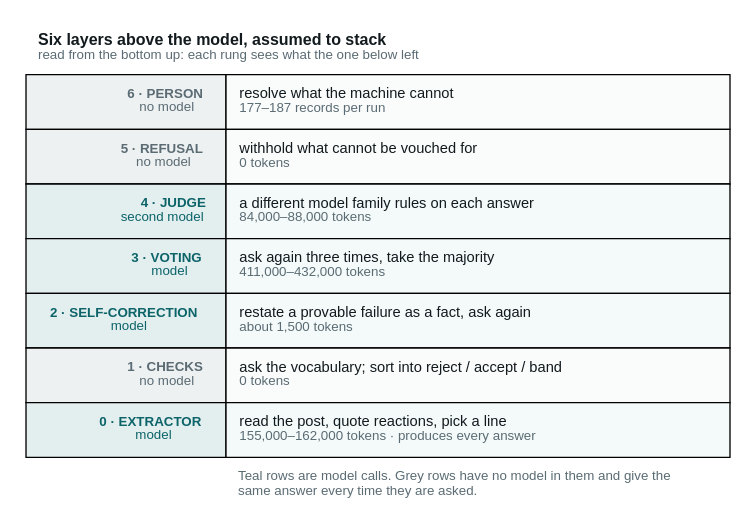
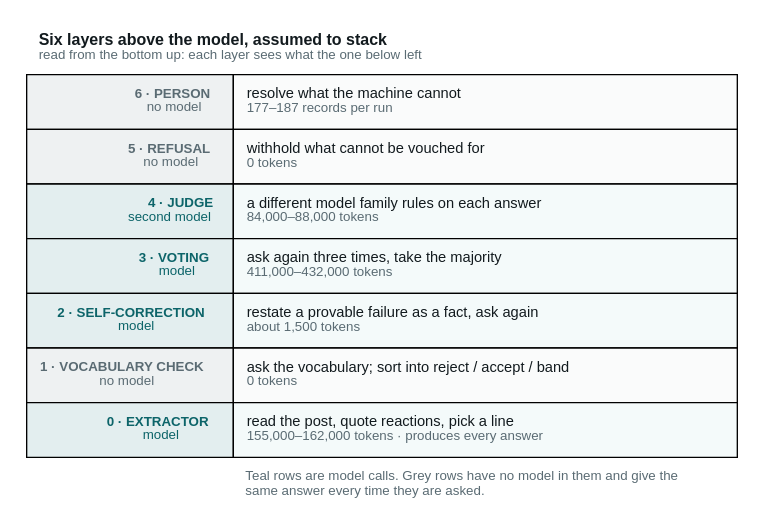
Before and after one commit to wbagais/reliability-ladder: the diagram in docs/figures/infoq-fig1-ladder.dot, drawn with Graphviz. The commit also changed 9 other files, not shown here.

```diff
--- a/docs/figures/infoq-fig1-ladder.dot
+++ b/docs/figures/infoq-fig1-ladder.dot
@@ -1,47 +1,47 @@
 // The ladder as drawn, for docs/article-infoq-CADEC.md. Same table idiom and
 // colour key as fig7-pipeline-cadec.dot:
 //   teal  #0c6469  a language model runs here
 //   grey  #5a6b73  deterministic step, no model  (also the person: no model)
 // Costs are per run on the development split, base run rerun-cadec-d0/d1/d2.
 digraph ladder {
   bgcolor="white";
   node [shape=none fontname="Helvetica"];
 
   t [label=<<TABLE BORDER="0" CELLBORDER="1" CELLSPACING="0" CELLPADDING="9">
 
-    <TR><TD BORDER="0" COLSPAN="2" ALIGN="LEFT"><FONT POINT-SIZE="12" COLOR="#121a1e"><B>Six layers above the model, assumed to stack</B></FONT><BR ALIGN="LEFT"/><FONT POINT-SIZE="10" COLOR="#5a6b73">read from the bottom up: each rung sees what the one below left</FONT><BR ALIGN="LEFT"/></TD></TR>
+    <TR><TD BORDER="0" COLSPAN="2" ALIGN="LEFT"><FONT POINT-SIZE="12" COLOR="#121a1e"><B>Six layers above the model, assumed to stack</B></FONT><BR ALIGN="LEFT"/><FONT POINT-SIZE="10" COLOR="#5a6b73">read from the bottom up: each layer sees what the one below left</FONT><BR ALIGN="LEFT"/></TD></TR>
 
     <TR><TD BGCOLOR="#eef1f2" ALIGN="RIGHT" WIDTH="150"><FONT POINT-SIZE="10.5" COLOR="#5a6b73"><B>6 · PERSON</B><BR ALIGN="RIGHT"/>no model</FONT></TD>
       <TD BGCOLOR="#fafbfb" ALIGN="LEFT" WIDTH="330"><FONT POINT-SIZE="11.5" COLOR="#121a1e">resolve what the machine cannot</FONT><BR ALIGN="LEFT"/><FONT POINT-SIZE="10" COLOR="#5a6b73">177–187 records per run</FONT><BR ALIGN="LEFT"/></TD>
     </TR>
 
     <TR><TD BGCOLOR="#eef1f2" ALIGN="RIGHT"><FONT POINT-SIZE="10.5" COLOR="#5a6b73"><B>5 · REFUSAL</B><BR ALIGN="RIGHT"/>no model</FONT></TD>
       <TD BGCOLOR="#fafbfb" ALIGN="LEFT"><FONT POINT-SIZE="11.5" COLOR="#121a1e">withhold what cannot be vouched for</FONT><BR ALIGN="LEFT"/><FONT POINT-SIZE="10" COLOR="#5a6b73">0 tokens</FONT><BR ALIGN="LEFT"/></TD>
     </TR>
 
     <TR><TD BGCOLOR="#e3eeef" ALIGN="RIGHT"><FONT POINT-SIZE="10.5" COLOR="#0c6469"><B>4 · JUDGE</B><BR ALIGN="RIGHT"/>second model</FONT></TD>
       <TD BGCOLOR="#f4fafa" ALIGN="LEFT"><FONT POINT-SIZE="11.5" COLOR="#121a1e">a different model family rules on each answer</FONT><BR ALIGN="LEFT"/><FONT POINT-SIZE="10" COLOR="#5a6b73">84,000–88,000 tokens</FONT><BR ALIGN="LEFT"/></TD>
     </TR>
 
     <TR><TD BGCOLOR="#e3eeef" ALIGN="RIGHT"><FONT POINT-SIZE="10.5" COLOR="#0c6469"><B>3 · VOTING</B><BR ALIGN="RIGHT"/>model</FONT></TD>
       <TD BGCOLOR="#f4fafa" ALIGN="LEFT"><FONT POINT-SIZE="11.5" COLOR="#121a1e">ask again three times, take the majority</FONT><BR ALIGN="LEFT"/><FONT POINT-SIZE="10" COLOR="#5a6b73">411,000–432,000 tokens</FONT><BR ALIGN="LEFT"/></TD>
     </TR>
 
     <TR><TD BGCOLOR="#e3eeef" ALIGN="RIGHT"><FONT POINT-SIZE="10.5" COLOR="#0c6469"><B>2 · SELF-CORRECTION</B><BR ALIGN="RIGHT"/>model</FONT></TD>
       <TD BGCOLOR="#f4fafa" ALIGN="LEFT"><FONT POINT-SIZE="11.5" COLOR="#121a1e">restate a provable failure as a fact, ask again</FONT><BR ALIGN="LEFT"/><FONT POINT-SIZE="10" COLOR="#5a6b73">about 1,500 tokens</FONT><BR ALIGN="LEFT"/></TD>
     </TR>
 
-    <TR><TD BGCOLOR="#eef1f2" ALIGN="RIGHT"><FONT POINT-SIZE="10.5" COLOR="#5a6b73"><B>1 · CHECKS</B><BR ALIGN="RIGHT"/>no model</FONT></TD>
+    <TR><TD BGCOLOR="#eef1f2" ALIGN="RIGHT"><FONT POINT-SIZE="10.5" COLOR="#5a6b73"><B>1 · VOCABULARY CHECK</B><BR ALIGN="RIGHT"/>no model</FONT></TD>
       <TD BGCOLOR="#fafbfb" ALIGN="LEFT"><FONT POINT-SIZE="11.5" COLOR="#121a1e">ask the vocabulary; sort into reject / accept / band</FONT><BR ALIGN="LEFT"/><FONT POINT-SIZE="10" COLOR="#5a6b73">0 tokens</FONT><BR ALIGN="LEFT"/></TD>
     </TR>
 
     <TR><TD BGCOLOR="#e3eeef" ALIGN="RIGHT"><FONT POINT-SIZE="10.5" COLOR="#0c6469"><B>0 · EXTRACTOR</B><BR ALIGN="RIGHT"/>model</FONT></TD>
       <TD BGCOLOR="#f4fafa" ALIGN="LEFT"><FONT POINT-SIZE="11.5" COLOR="#121a1e">read the post, quote reactions, pick a line</FONT><BR ALIGN="LEFT"/><FONT POINT-SIZE="10" COLOR="#5a6b73">155,000–162,000 tokens · produces every answer</FONT><BR ALIGN="LEFT"/></TD>
     </TR>
 
     <TR><TD BORDER="0"></TD>
       <TD BORDER="0" ALIGN="LEFT"><FONT POINT-SIZE="10.5" COLOR="#5a6b73">Teal rows are model calls. Grey rows have no model in them and give the<BR ALIGN="LEFT"/>same answer every time they are asked.</FONT><BR ALIGN="LEFT"/></TD>
     </TR>
 
   </TABLE>>];
 }
```
